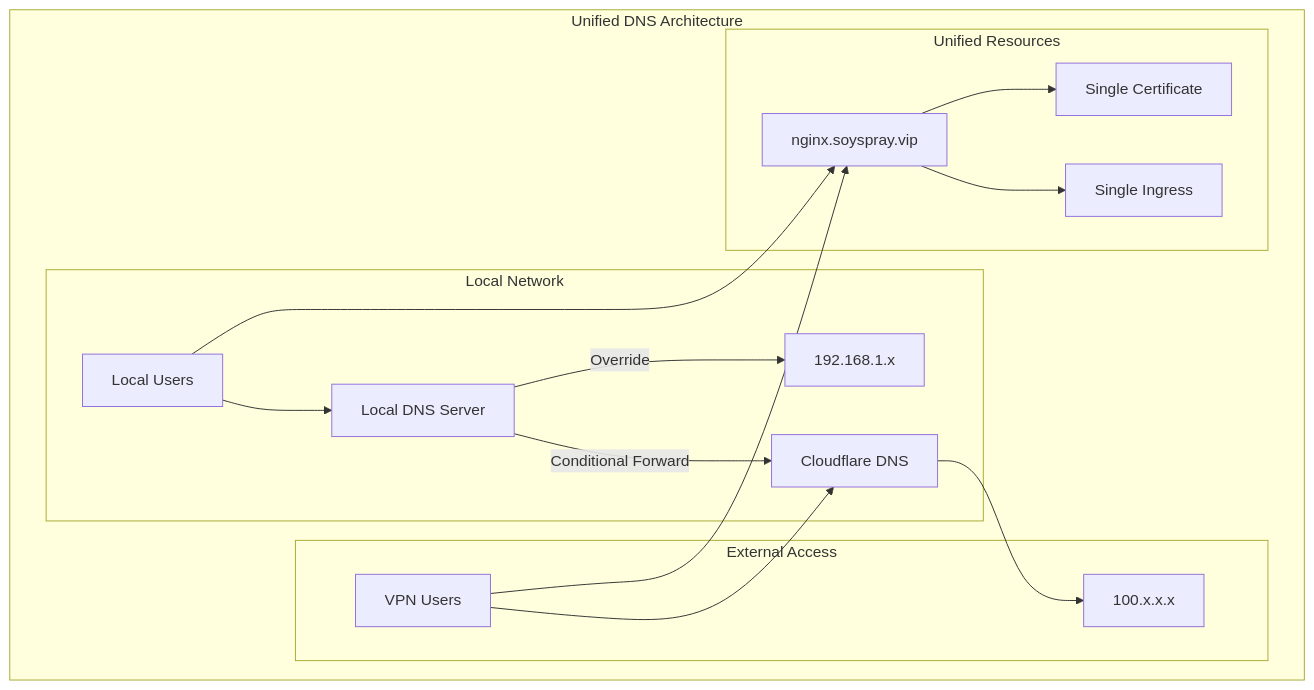
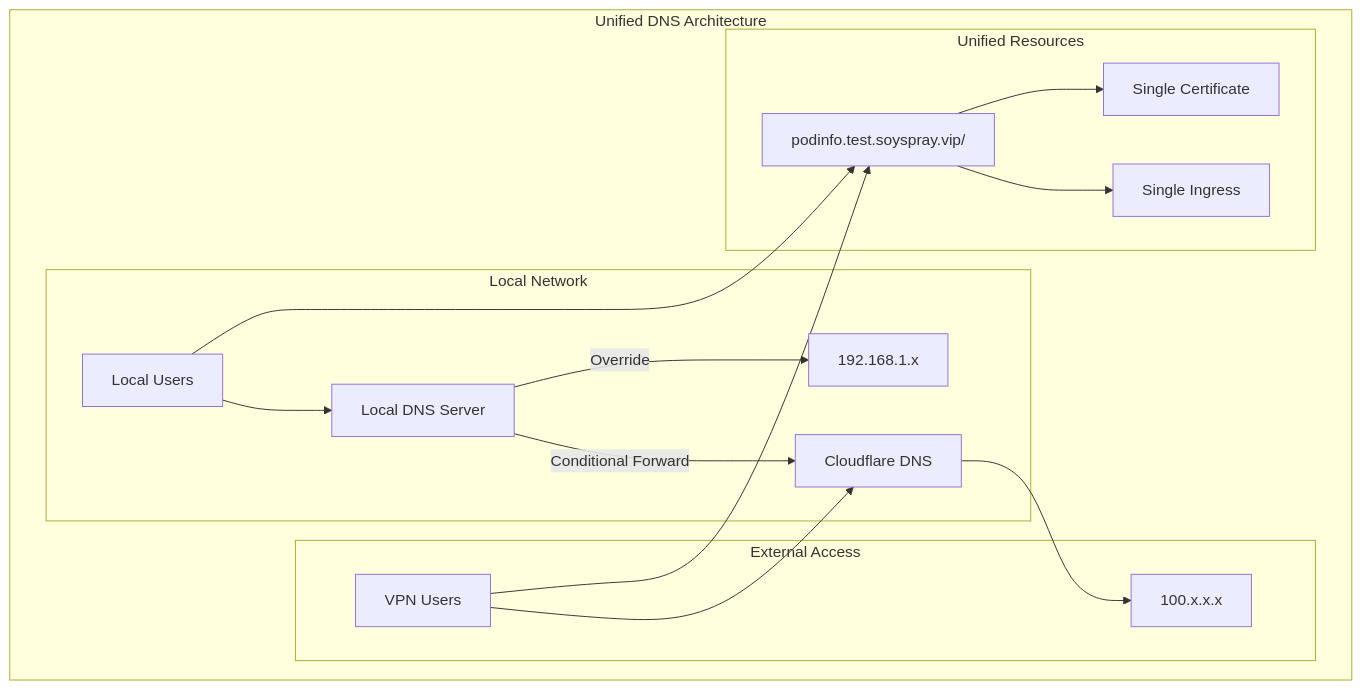
Before and after one commit to kpoxo6op/soyspray: the second of 3 diagrams in soydocs/local-dns-override-plan.md, drawn with Mermaid. The commit also changed other lines of this file and 1 other file, not shown here.

Commit message:
external-dns.alpha.kubernetes.io/hostname: "podinfo.test.soyspray.vip"

````diff
--- a/soydocs/local-dns-override-plan.md
+++ b/soydocs/local-dns-override-plan.md
@@ -31,26 +31,26 @@
 ```mermaid
 graph TB
     subgraph "Unified DNS Architecture"
         subgraph "Local Network"
             L[Local Users] --> LD[Local DNS Server]
             LD --> |Override| IP1[192.168.1.x]
             LD --> |Conditional Forward| CF[Cloudflare DNS]
         end
 
         subgraph "External Access"
             V[VPN Users] --> CF
             CF --> IP2[100.x.x.x]
         end
 
         subgraph "Unified Resources"
-            H[nginx.soyspray.vip]
+            H[podinfo.test.soyspray.vip/]
             C[Single Certificate]
             ING[Single Ingress]
 
             H --> C
             H --> ING
         end
 
         L & V --> H
     end
 ```
````
